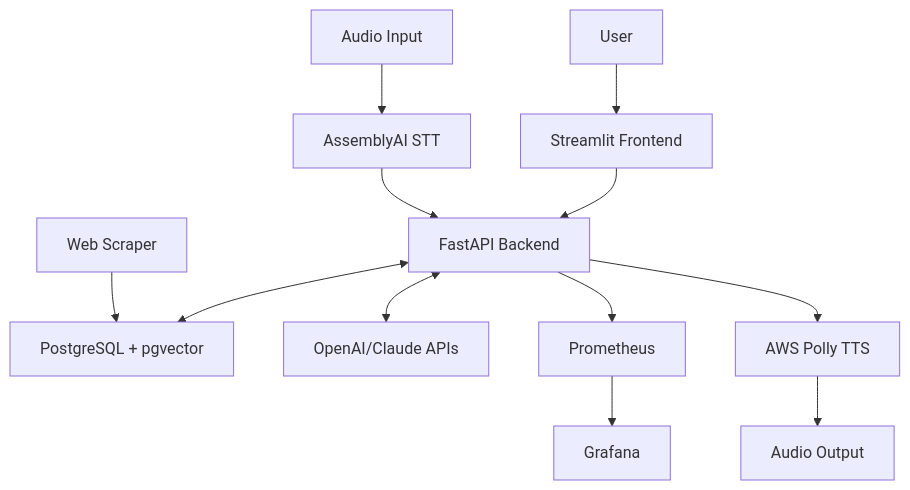
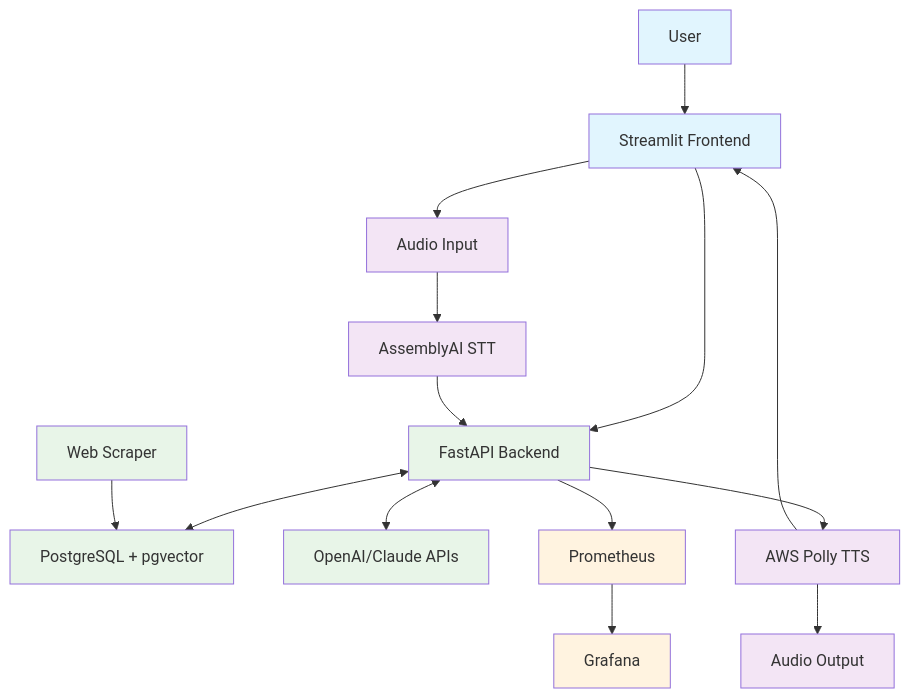
Before and after one commit to KadirGokdeniz/global_gate: the diagram in README.md, drawn with Mermaid.

````diff
--- a/README.md
+++ b/README.md
@@ -49,17 +49,37 @@
 ```mermaid
 graph TD
     A[User] --> B[Streamlit Frontend]
+    
+    %% Text Input Path
     B --> C[FastAPI Backend]
+    
+    %% Audio Input Path  
+    B --> I[Audio Input]
+    I --> J[AssemblyAI STT]
+    J --> C
+    
+    %% Backend Operations
     C <--> D[PostgreSQL + pgvector]
-    
     E[Web Scraper] --> D
     C <--> F[OpenAI/Claude APIs]
     
+    %% Audio Output Path
+    C --> K[AWS Polly TTS]
+    K --> L[Audio Output]
+    K --> B
+    
+    %% Monitoring
     G[Prometheus] --> H[Grafana]
     C --> G
     
-    I[Audio Input] --> J[AssemblyAI STT]
-    J --> C
-    C --> K[AWS Polly TTS]
-    K --> L[Audio Output]
+    %% Styling
+    classDef userPath fill:#e1f5fe
+    classDef audioPath fill:#f3e5f5
+    classDef backend fill:#e8f5e8
+    classDef monitoring fill:#fff3e0
+    
+    class A,B userPath
+    class I,J,K,L audioPath
+    class C,D,E,F backend
+    class G,H monitoring
 ```
````
